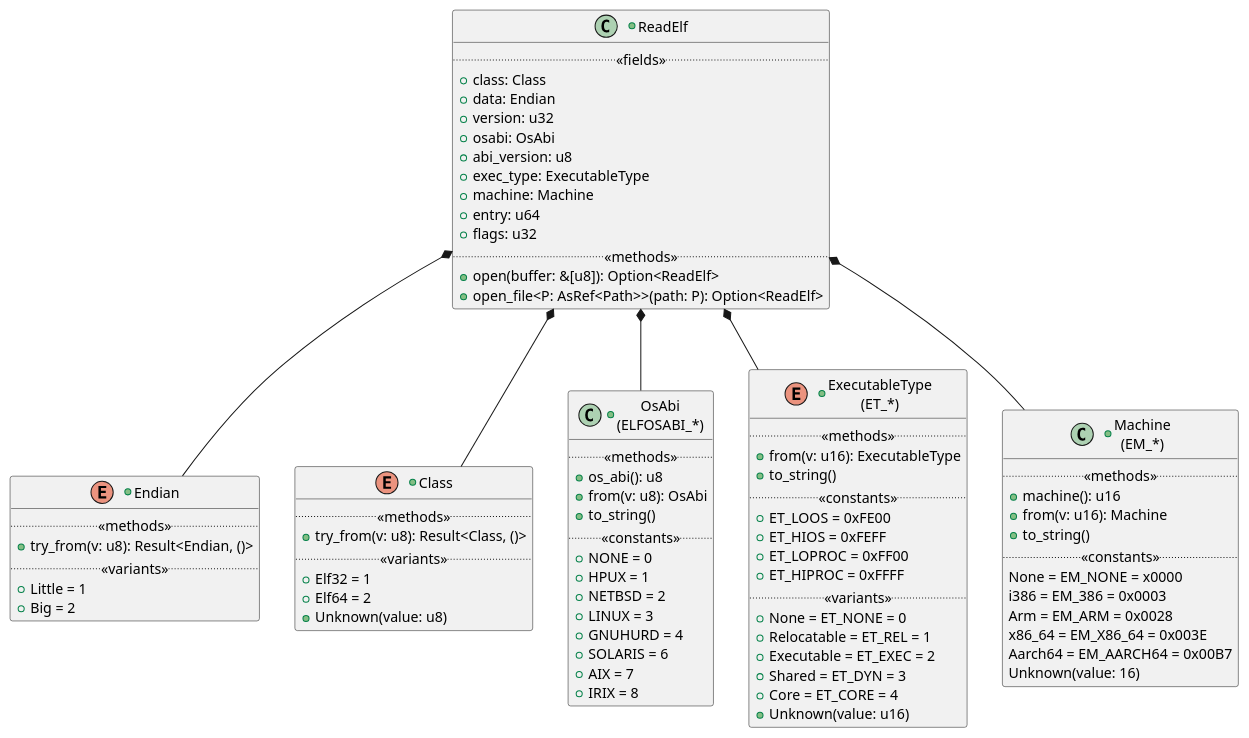
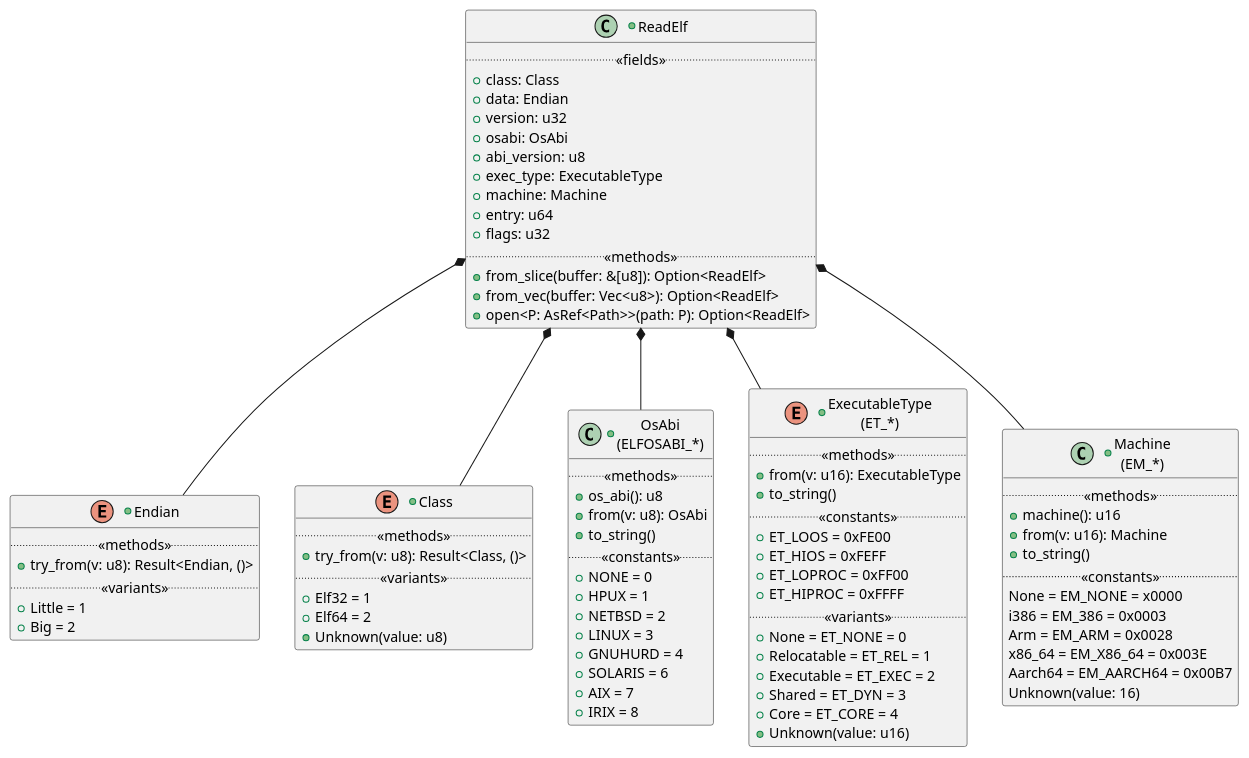
Before and after one commit to jcurl/rustlib: the diagram in readelf/doc/assets/readelf.plantuml, drawn with PlantUML. The commit also changed 11 other files, not shown here.

First line of the commit message:
ReadElf: Implement reading from a file

```diff
--- a/readelf/doc/assets/readelf.plantuml
+++ b/readelf/doc/assets/readelf.plantuml
@@ -1,89 +1,90 @@
 @startuml readelf
 
 +class ReadElf {
     .. <<fields>> ..
     +class: Class
     +data: Endian
     +version: u32
     +osabi: OsAbi
     +abi_version: u8
     +exec_type: ExecutableType
     +machine: Machine
     +entry: u64
     +flags: u32
     .. <<methods>> ..
-    +open(buffer: &[u8]): Option<ReadElf>
-    +open_file<P: AsRef<Path>>(path: P): Option<ReadElf>
+    +from_slice(buffer: &[u8]): Option<ReadElf>
+    +from_vec(buffer: Vec<u8>): Option<ReadElf>
+    +open<P: AsRef<Path>>(path: P): Option<ReadElf>
 }
 
 +enum Endian {
     .. <<methods>> ..
     +try_from(v: u8): Result<Endian, ()>
     .. <<variants>> ..
     +Little = 1
     +Big = 2
 }
 
 +enum Class {
     .. <<methods>> ..
     +try_from(v: u8): Result<Class, ()>
     .. <<variants>> ..
     +Elf32 = 1
     +Elf64 = 2
     +Unknown(value: u8)
 }
 
 +class OsAbi as "OsAbi\n(ELFOSABI_*)" {
     .. <<methods>> ..
     +os_abi(): u8
     +from(v: u8): OsAbi
     +to_string()
     .. <<constants>> ..
     +NONE = 0
     +HPUX = 1
     +NETBSD = 2
     +LINUX = 3
     +GNUHURD = 4
     +SOLARIS = 6
     +AIX = 7
     +IRIX = 8
 }
 
 +enum ExecutableType as "ExecutableType\n(ET_*)" {
     .. <<methods>> ..
     +from(v: u16): ExecutableType
     +to_string()
     .. <<constants>> ..
     +ET_LOOS = 0xFE00
     +ET_HIOS = 0xFEFF
     +ET_LOPROC = 0xFF00
     +ET_HIPROC = 0xFFFF
     .. <<variants>> ..
     +None = ET_NONE = 0
     +Relocatable = ET_REL = 1
     +Executable = ET_EXEC = 2
     +Shared = ET_DYN = 3
     +Core = ET_CORE = 4
     +Unknown(value: u16)
 }
 
 +class Machine as "Machine\n(EM_*)" {
     .. <<methods>> ..
     +machine(): u16
     +from(v: u16): Machine
     +to_string()
     .. <<constants>> ..
     None = EM_NONE = x0000
     i386 = EM_386 = 0x0003
     Arm = EM_ARM = 0x0028
     x86_64 = EM_X86_64 = 0x003E
     Aarch64 = EM_AARCH64 = 0x00B7
     Unknown(value: 16)
 }
 
 ReadElf *-d- Endian
 ReadElf *-d- Class
 ReadElf *-d- OsAbi
 ReadElf *-d- ExecutableType
 ReadElf *-d- Machine
 @enduml
```
